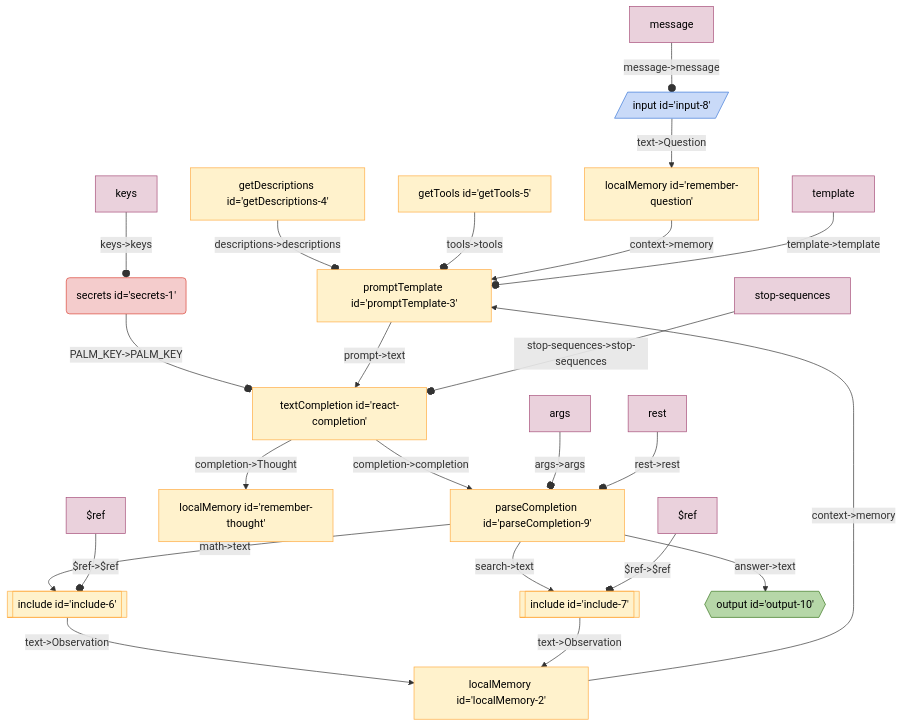
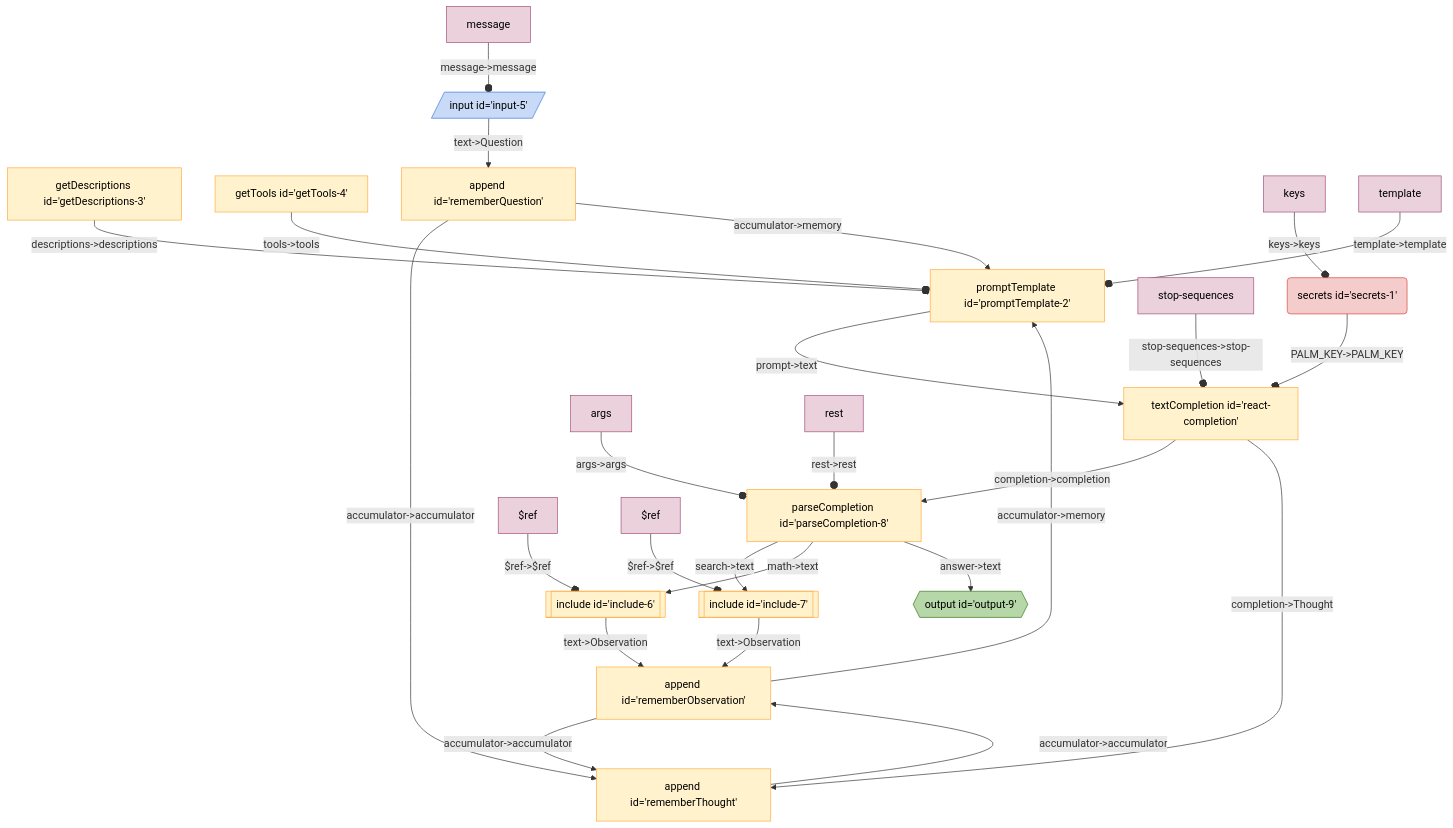
One commit to breadboard-ai/breadboard changed the diagram in seeds/graph-playground/docs/graphs/react-with-include.md. Above: the diagram before and after it, drawn with Mermaid. The commit also changed 16 other files, not shown here.

First line of the commit message:
[llm-starter][graph-playground] Factor out `localMemory`.

````diff
--- a/seeds/graph-playground/docs/graphs/react-with-include.md
+++ b/seeds/graph-playground/docs/graphs/react-with-include.md
@@ -5,34 +5,37 @@
   ```mermaid
   %%{init: 'themeVariables': { 'fontFamily': 'Fira Code, monospace' }}%%
 graph TD;
-getDescriptions4["getDescriptions id='getDescriptions-4'"] -- "descriptions->descriptions" --o promptTemplate3["promptTemplate id='promptTemplate-3'"]
-getTools5["getTools id='getTools-5'"] -- "tools->tools" --o promptTemplate3["promptTemplate id='promptTemplate-3'"]
-localMemory2["localMemory id='localMemory-2'"] -- "context->memory" --> promptTemplate3["promptTemplate id='promptTemplate-3'"]
+getDescriptions3["getDescriptions id='getDescriptions-3'"] -- "descriptions->descriptions" --o promptTemplate2["promptTemplate id='promptTemplate-2'"]
+getTools4["getTools id='getTools-4'"] -- "tools->tools" --o promptTemplate2["promptTemplate id='promptTemplate-2'"]
+rememberObservation["append id='rememberObservation'"] -- "accumulator->memory" --> promptTemplate2["promptTemplate id='promptTemplate-2'"]
+rememberThought["append id='rememberThought'"] -- "accumulator->accumulator" --> rememberObservation["append id='rememberObservation'"]
+rememberObservation["append id='rememberObservation'"] -- "accumulator->accumulator" --> rememberThought["append id='rememberThought'"]
+rememberQuestion["append id='rememberQuestion'"] -- "accumulator->accumulator" --> rememberThought["append id='rememberThought'"]
+rememberQuestion["append id='rememberQuestion'"] -- "accumulator->memory" --> promptTemplate2["promptTemplate id='promptTemplate-2'"]
+input5[/"input id='input-5'"/]:::input -- "text->Question" --> rememberQuestion["append id='rememberQuestion'"]
 secrets1("secrets id='secrets-1'"):::secrets -- "PALM_KEY->PALM_KEY" --o reactcompletion["textCompletion id='react-completion'"]
-include6[["include id='include-6'"]]:::include -- "text->Observation" --> localMemory2["localMemory id='localMemory-2'"]
-include7[["include id='include-7'"]]:::include -- "text->Observation" --> localMemory2["localMemory id='localMemory-2'"]
-parseCompletion9["parseCompletion id='parseCompletion-9'"] -- "search->text" --> include7[["include id='include-7'"]]:::include
-parseCompletion9["parseCompletion id='parseCompletion-9'"] -- "math->text" --> include6[["include id='include-6'"]]:::include
-parseCompletion9["parseCompletion id='parseCompletion-9'"] -- "answer->text" --> output10{{"output id='output-10'"}}:::output
-reactcompletion["textCompletion id='react-completion'"] -- "completion->completion" --> parseCompletion9["parseCompletion id='parseCompletion-9'"]
-reactcompletion["textCompletion id='react-completion'"] -- "completion->Thought" --> rememberthought["localMemory id='remember-thought'"]
-promptTemplate3["promptTemplate id='promptTemplate-3'"] -- "prompt->text" --> reactcompletion["textCompletion id='react-completion'"]
-rememberquestion["localMemory id='remember-question'"] -- "context->memory" --> promptTemplate3["promptTemplate id='promptTemplate-3'"]
-input8[/"input id='input-8'"/]:::input -- "text->Question" --> rememberquestion["localMemory id='remember-question'"]
+include6[["include id='include-6'"]]:::include -- "text->Observation" --> rememberObservation["append id='rememberObservation'"]
+include7[["include id='include-7'"]]:::include -- "text->Observation" --> rememberObservation["append id='rememberObservation'"]
+parseCompletion8["parseCompletion id='parseCompletion-8'"] -- "search->text" --> include7[["include id='include-7'"]]:::include
+parseCompletion8["parseCompletion id='parseCompletion-8'"] -- "math->text" --> include6[["include id='include-6'"]]:::include
+parseCompletion8["parseCompletion id='parseCompletion-8'"] -- "answer->text" --> output9{{"output id='output-9'"}}:::output
+reactcompletion["textCompletion id='react-completion'"] -- "completion->completion" --> parseCompletion8["parseCompletion id='parseCompletion-8'"]
+reactcompletion["textCompletion id='react-completion'"] -- "completion->Thought" --> rememberThought["append id='rememberThought'"]
+promptTemplate2["promptTemplate id='promptTemplate-2'"] -- "prompt->text" --> reactcompletion["textCompletion id='react-completion'"]
 keyssecrets1[keys]:::config -- "keys->keys" --o secrets1
-templatepromptTemplate3[template]:::config -- "template->template" --o promptTemplate3
+templatepromptTemplate2[template]:::config -- "template->template" --o promptTemplate2
+messageinput5[message]:::config -- "message->message" --o input5
 stopsequencesreactcompletion[stop-sequences]:::config -- "stop-sequences->stop-sequences" --o reactcompletion
 $refinclude6[$ref]:::config -- "$ref->$ref" --o include6
 $refinclude7[$ref]:::config -- "$ref->$ref" --o include7
-messageinput8[message]:::config -- "message->message" --o input8
-argsparseCompletion9[args]:::config -- "args->args" --o parseCompletion9
-restparseCompletion9[rest]:::config -- "rest->rest" --o parseCompletion9
+argsparseCompletion8[args]:::config -- "args->args" --o parseCompletion8
+restparseCompletion8[rest]:::config -- "rest->rest" --o parseCompletion8
 classDef default stroke:#ffab40,fill:#fff2ccff,color:#000
 classDef input stroke:#3c78d8,fill:#c9daf8ff,color:#000
 classDef output stroke:#38761d,fill:#b6d7a8ff,color:#000
 classDef passthrough stroke:#a64d79,fill:#ead1dcff,color:#000
 classDef slot stroke:#a64d79,fill:#ead1dcff,color:#000
 classDef config stroke:#a64d79,fill:#ead1dcff,color:#000
 classDef secrets stroke:#db4437,fill:#f4cccc,color:#000
 classDef slotted stroke:#a64d79
   ```
````
